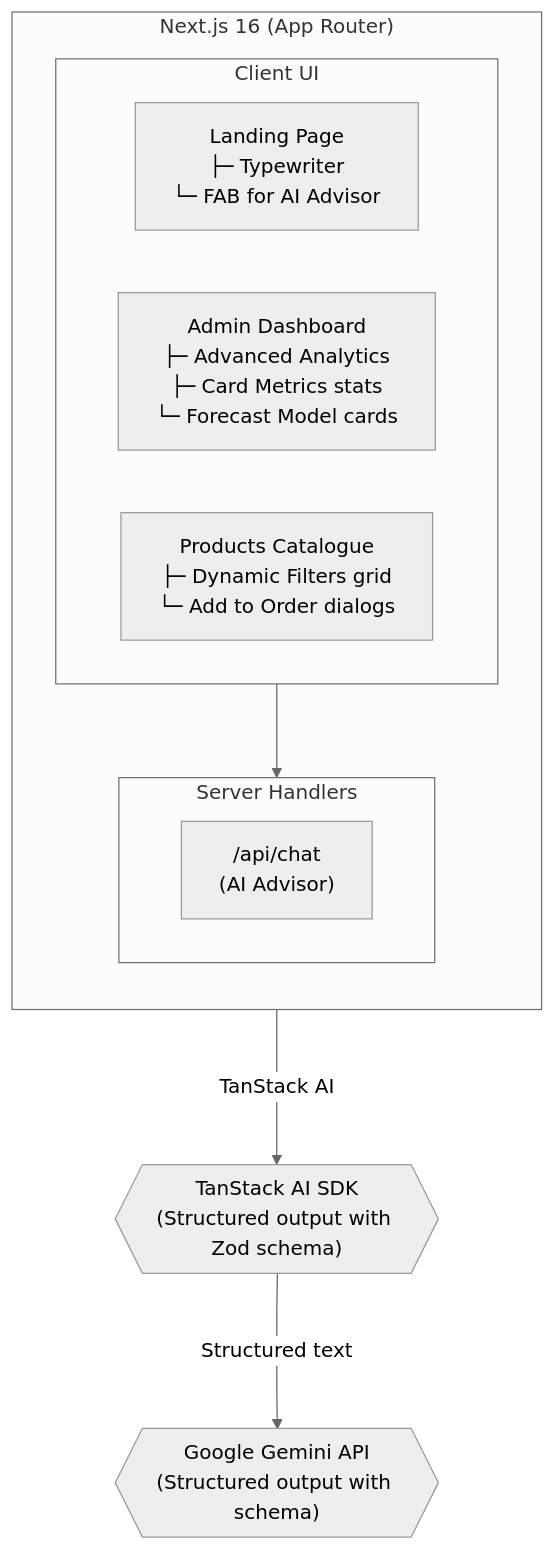
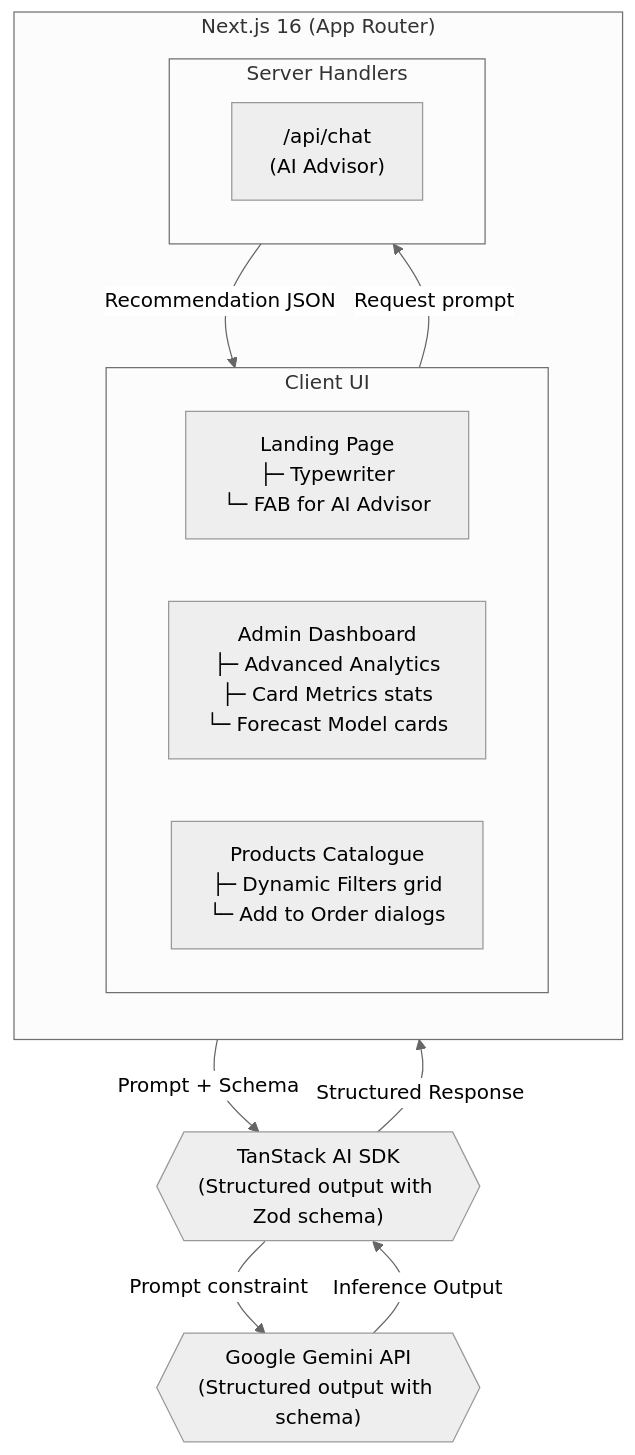
Before and after one commit to Reypirate/DBTT-Project-II: the diagram in README.md, drawn with Mermaid (neutral theme). The commit also changed other lines of this file, not shown here.

Commit message:
docs: updated diagram

````diff
--- a/README.md
+++ b/README.md
@@ -13,26 +13,30 @@
 ```mermaid
 flowchart TD
     subgraph NextJS["Next.js 16 (App Router)"]
         direction TB
 
         subgraph Pages["Client UI"]
             direction LR
             Landing["Landing Page<br/>├─ Typewriter<br/>└─ FAB for AI Advisor"]
             Dashboard["Admin Dashboard<br/>├─ Advanced Analytics<br/>├─ Card Metrics stats<br/>└─ Forecast Model cards"]
             Catalogue["Products Catalogue<br/>├─ Dynamic Filters grid<br/>└─ Add to Order dialogs"]
         end
 
         subgraph Server["Server Handlers"]
             direction LR
             ChatAPI["/api/chat<br/>(AI Advisor)"]
         end
 
-    Pages --> Server
+    Pages -- "Request prompt" --> Server
+    Server -- "Recommendation JSON" --> Pages
     end
 
     TanstackAI{{"TanStack AI SDK<br/>(Structured output with Zod schema)"}}
     Gemini{{"Google Gemini API<br/>(Structured output with schema)"}}
 
-    ChatAPI -- "TanStack AI" ---> TanstackAI
-    TanstackAI -- "Structured text" ---> Gemini
+    ChatAPI -- "Prompt + Schema" --> TanstackAI
+    TanstackAI -- "Structured Response" --> ChatAPI
+
+    TanstackAI -- "Prompt constraint" --> Gemini
+    Gemini -- "Inference Output" --> TanstackAI
 ```
````
